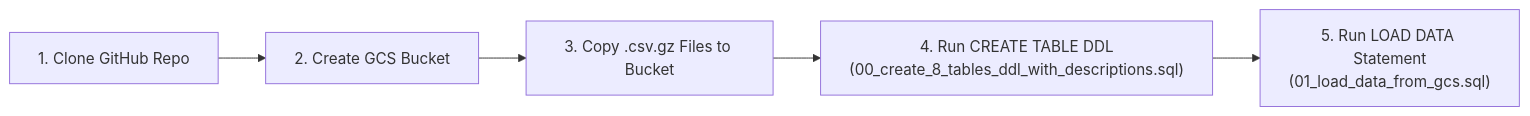
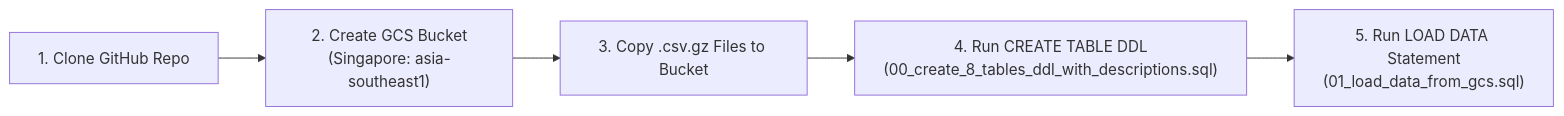
The diagram in track1_platform_governance/README.md (arvind-dhariwal/aeon-credit-gcp-workshop), drawn with Mermaid before and after one commit. The commit also changed other lines of this file and 2 other files, not shown here.

Commit message:
feat(track1): parameterize PROJECT_ID and set location always to Singapore (asia-southeast1)

````diff
--- a/track1_platform_governance/README.md
+++ b/track1_platform_governance/README.md
@@ -9,7 +9,7 @@
 ```mermaid
 flowchart LR
-    S1["1. Clone GitHub Repo"] --> S2["2. Create GCS Bucket"]
+    S1["1. Clone GitHub Repo"] --> S2["2. Create GCS Bucket\n(Singapore: asia-southeast1)"]
     S2 --> S3["3. Copy .csv.gz Files to Bucket"]
     S3 --> S4["4. Run CREATE TABLE DDL\n(00_create_8_tables_ddl_with_descriptions.sql)"]
     S4 --> S5["5. Run LOAD DATA Statement\n(01_load_data_from_gcs.sql)"]
 ```
````
